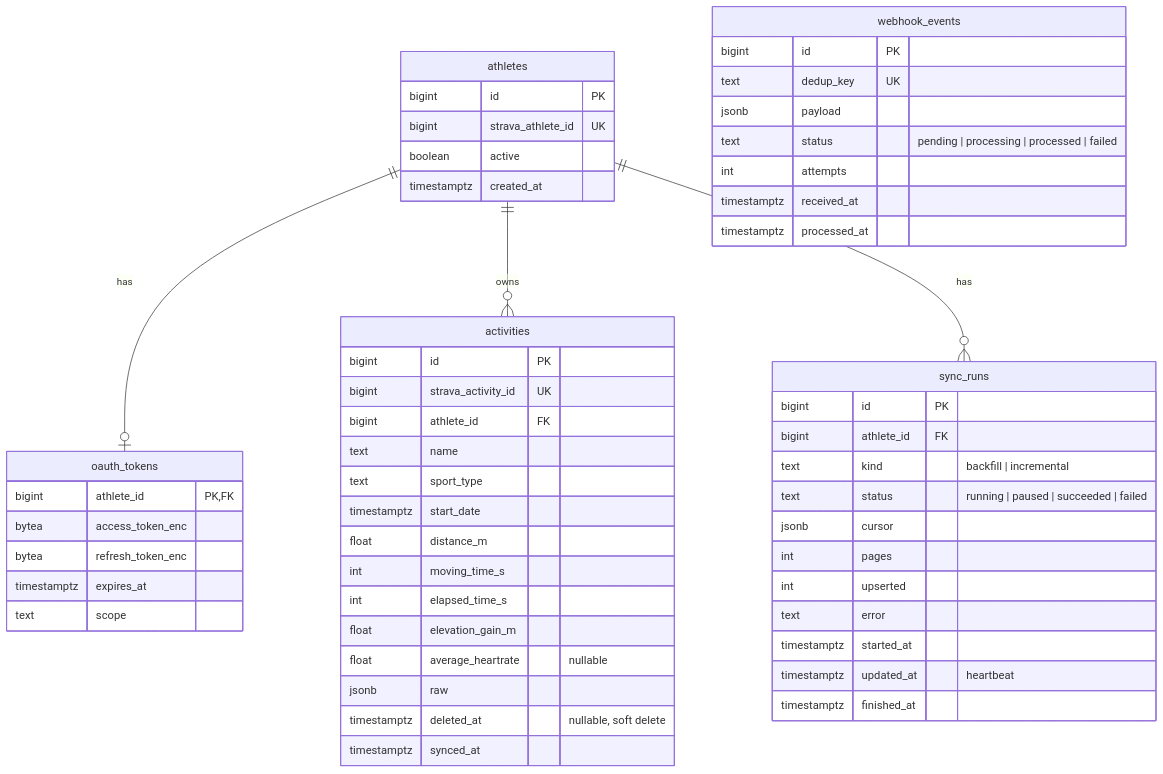
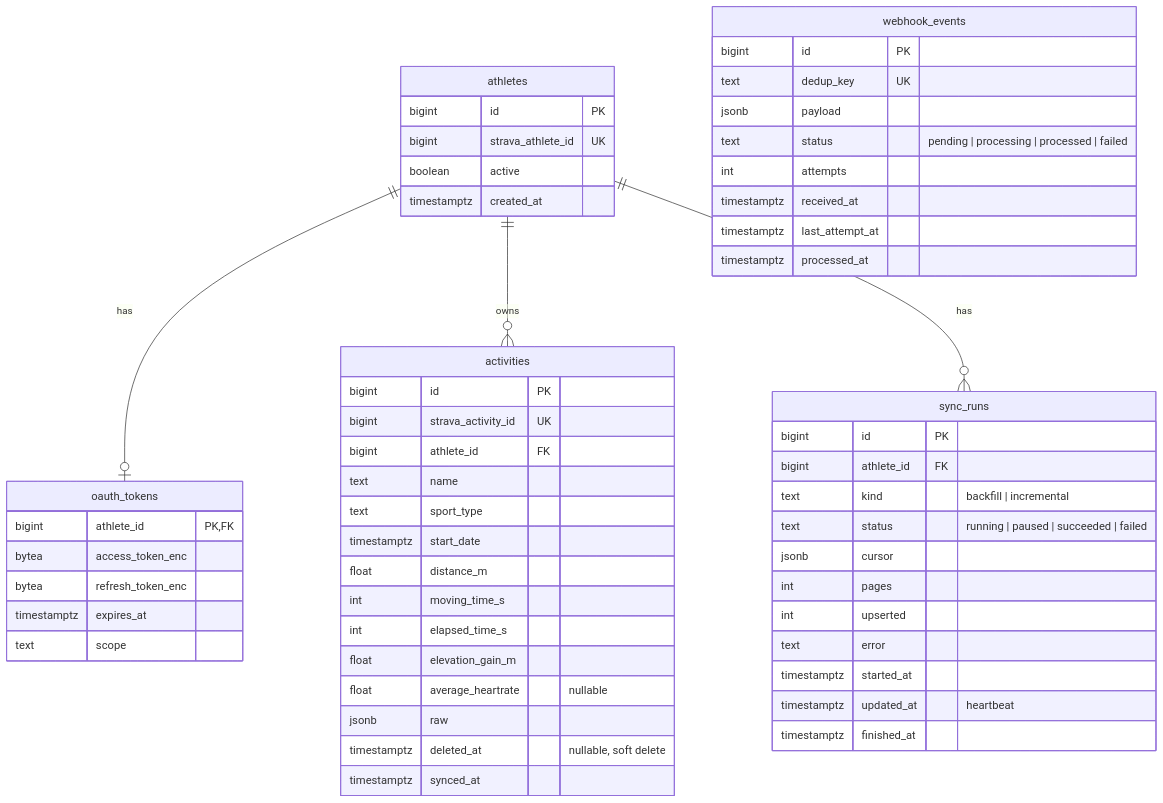
Before and after one commit to umutaydins/trainsync: the third of 14 diagrams in docs/diagrams.md, drawn with Mermaid. The commit also changed 9 other files, not shown here.

````diff
--- a/docs/diagrams.md
+++ b/docs/diagrams.md
@@ -105,58 +105,59 @@
 ```mermaid
 erDiagram
     athletes ||--o| oauth_tokens : "has"
     athletes ||--o{ activities : "owns"
     athletes ||--o{ sync_runs : "has"
 
     athletes {
         bigint id PK
         bigint strava_athlete_id UK
         boolean active
         timestamptz created_at
     }
     oauth_tokens {
         bigint athlete_id PK, FK
         bytea access_token_enc
         bytea refresh_token_enc
         timestamptz expires_at
         text scope
     }
     activities {
         bigint id PK
         bigint strava_activity_id UK
         bigint athlete_id FK
         text name
         text sport_type
         timestamptz start_date
         float distance_m
         int moving_time_s
         int elapsed_time_s
         float elevation_gain_m
         float average_heartrate "nullable"
         jsonb raw
         timestamptz deleted_at "nullable, soft delete"
         timestamptz synced_at
     }
     sync_runs {
         bigint id PK
         bigint athlete_id FK
         text kind "backfill | incremental"
         text status "running | paused | succeeded | failed"
         jsonb cursor
         int pages
         int upserted
         text error
         timestamptz started_at
         timestamptz updated_at "heartbeat"
         timestamptz finished_at
     }
     webhook_events {
         bigint id PK
         text dedup_key UK
         jsonb payload
         text status "pending | processing | processed | failed"
         int attempts
         timestamptz received_at
+        timestamptz last_attempt_at
         timestamptz processed_at
     }
 ```
````
